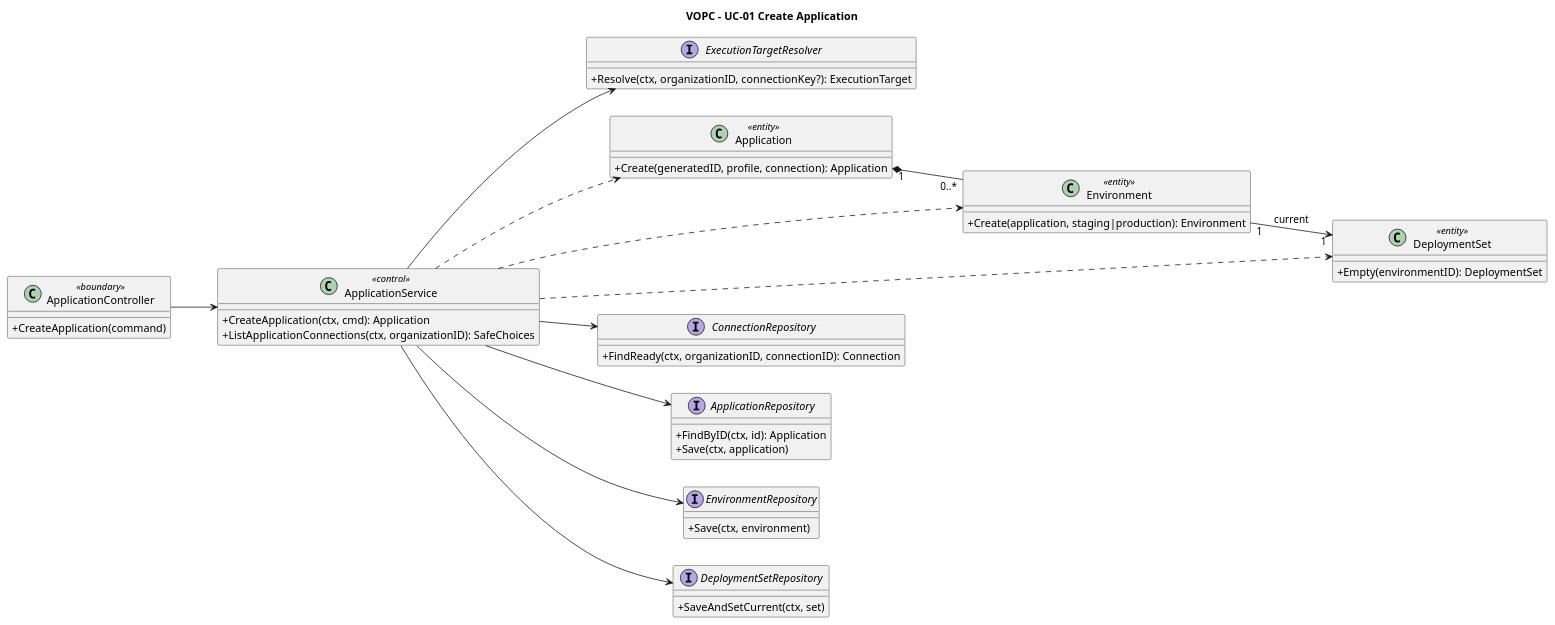
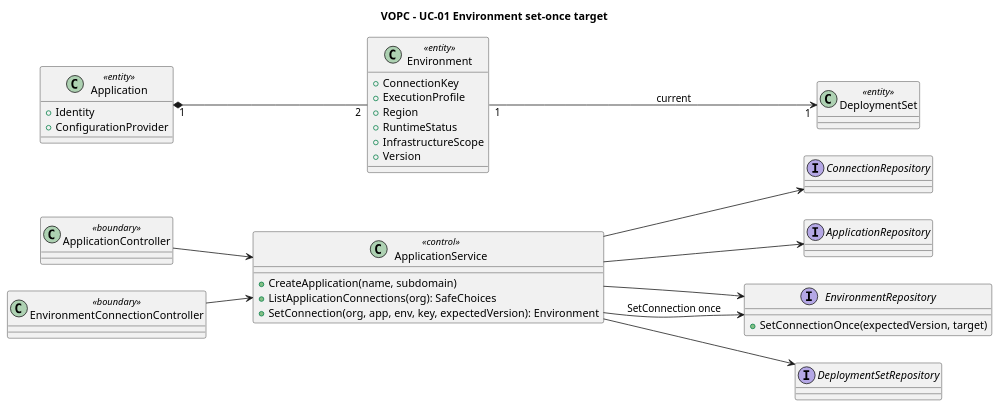
The diagram in orchestrator_docs/usecase/UC-01/vopc.puml (pr3s3nt/poc), drawn with PlantUML before and after one commit. The commit also changed 137 other files, not shown here.

Commit message:
feat: bind execution connections once per environment

```diff
--- a/orchestrator_docs/usecase/UC-01/vopc.puml
+++ b/orchestrator_docs/usecase/UC-01/vopc.puml
@@ -1,48 +1,39 @@
 @startuml
-title VOPC - UC-01 Create Application
+title VOPC - UC-01 Environment set-once target
 left to right direction
-skinparam classAttributeIconSize 0
-class ApplicationController <<boundary>> {
-  +CreateApplication(command)
+class ApplicationController <<boundary>>
+class ApplicationService <<control>> {
+ +CreateApplication(name, subdomain)
+ +ListApplicationConnections(org): SafeChoices
+ +SetConnection(org, app, env, key, expectedVersion): Environment
 }
-class ApplicationService <<control>> {
-  +CreateApplication(ctx, cmd): Application
-  +ListApplicationConnections(ctx, organizationID): SafeChoices
-}
-interface ExecutionTargetResolver {
-  +Resolve(ctx, organizationID, connectionKey?): ExecutionTarget
-}
+class EnvironmentConnectionController <<boundary>>
 class Application <<entity>> {
-  +Create(generatedID, profile, connection): Application
+ +Identity
+ +ConfigurationProvider
 }
 class Environment <<entity>> {
-  +Create(application, staging|production): Environment
+ +ConnectionKey
+ +ExecutionProfile
+ +Region
+ +RuntimeStatus
+ +InfrastructureScope
+ +Version
 }
-class DeploymentSet <<entity>> {
-  +Empty(environmentID): DeploymentSet
+class DeploymentSet <<entity>>
+interface ConnectionRepository
+interface ApplicationRepository
+interface EnvironmentRepository {
+ +SetConnectionOnce(expectedVersion, target)
 }
-interface ConnectionRepository {
-  +FindReady(ctx, organizationID, connectionID): Connection
-}
-interface ApplicationRepository {
-  +FindByID(ctx, id): Application
-  +Save(ctx, application)
-}
-interface EnvironmentRepository {
-  +Save(ctx, environment)
-}
-interface DeploymentSetRepository {
-  +SaveAndSetCurrent(ctx, set)
-}
+interface DeploymentSetRepository
 ApplicationController --> ApplicationService
-ApplicationService --> ExecutionTargetResolver
-ApplicationService --> ConnectionRepository
+EnvironmentConnectionController --> ApplicationService
 ApplicationService --> ApplicationRepository
 ApplicationService --> EnvironmentRepository
 ApplicationService --> DeploymentSetRepository
-ApplicationService ..> Application
-ApplicationService ..> Environment
-ApplicationService ..> DeploymentSet
-Application "1" *-- "0..*" Environment
+ApplicationService --> EnvironmentRepository : SetConnection once
+ApplicationService --> ConnectionRepository
+Application "1" *-- "2" Environment
 Environment "1" --> "1" DeploymentSet : current
 @enduml
```
